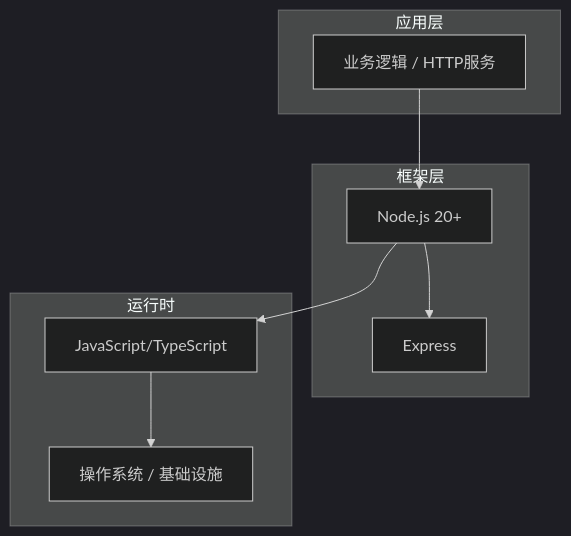
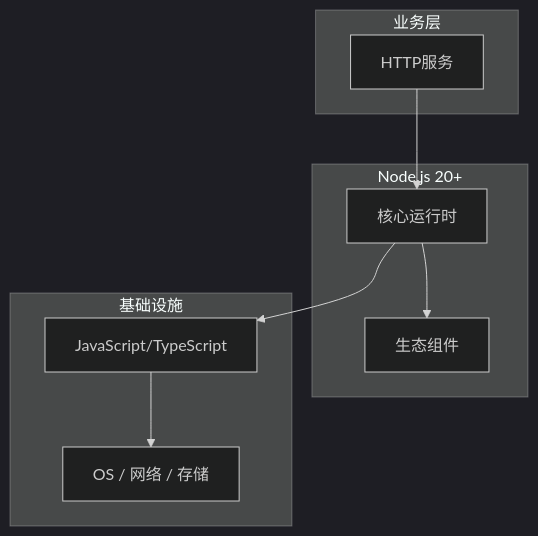
One commit to yanggan2015/knowledge-json-v2 changed the diagram in articles/Node.js/chapters/044-HTTP服务核心概念与原理.md. Above: the diagram before and after it, drawn with Mermaid (dark theme). The commit also changed other lines of this file and 10127 other files, not shown here.

````diff
--- a/articles/Node.js/chapters/044-HTTP服务核心概念与原理.md
+++ b/articles/Node.js/chapters/044-HTTP服务核心概念与原理.md
@@ -45,18 +34,18 @@
 ```mermaid
 graph TB
-    subgraph 应用层
-        A[业务逻辑 / HTTP服务]
+    subgraph 业务层
+        A[HTTP服务]
     end
-    subgraph 框架层
-        B[Node.js 20+]
-        C[Express]
+    subgraph Node.js 20+
+        B[核心运行时]
+        C[生态组件]
     end
-    subgraph 运行时
+    subgraph 基础设施
         D[JavaScript/TypeScript]
-        E[操作系统 / 基础设施]
+        E[OS / 网络 / 存储]
     end
     A --> B
     B --> C
     B --> D
     D --> E
 ```
````
